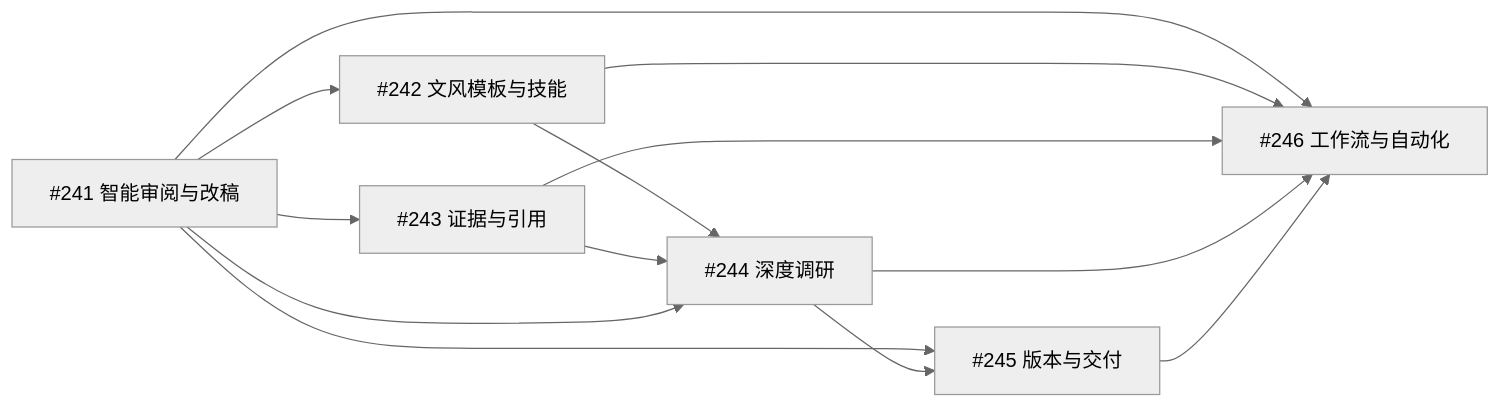
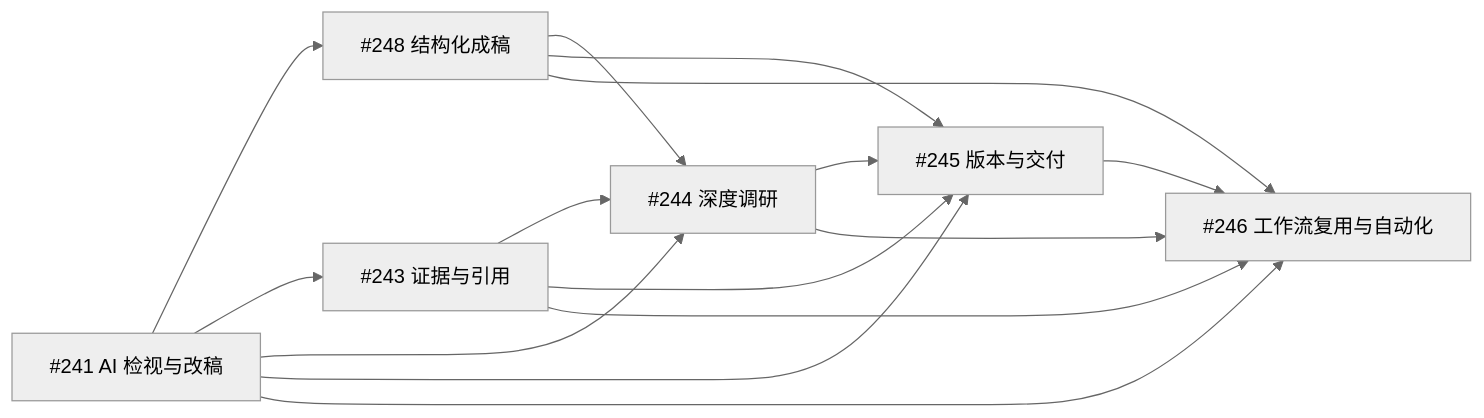
Before and after one commit to ttttstc/Typola: the diagram in docs/AI_DOCUMENT_WORKBENCH_SCENARIO_ROADMAP.md, drawn with Mermaid (neutral theme). The commit also changed other lines of this file, not shown here.

Commit message:
docs: restructure AI document workbench roadmap

````diff
--- a/docs/AI_DOCUMENT_WORKBENCH_SCENARIO_ROADMAP.md
+++ b/docs/AI_DOCUMENT_WORKBENCH_SCENARIO_ROADMAP.md
@@ -193,22 +379,24 @@
 ```mermaid
 flowchart LR
-    A[#241 智能审阅与改稿]
-    B[#242 文风模板与技能]
+    A[#241 AI 检视与改稿]
+    B[#248 结构化成稿]
     C[#243 证据与引用]
     D[#244 深度调研]
     E[#245 版本与交付]
-    F[#246 工作流与自动化]
+    F[#246 工作流复用与自动化]
 
     A --> B
     A --> C
-    A --> E
+    A --> D
     B --> D
     C --> D
-    A --> D
+    A --> E
+    B --> E
+    C --> E
     D --> E
     A --> F
     B --> F
     C --> F
     D --> F
     E --> F
 ```
````
